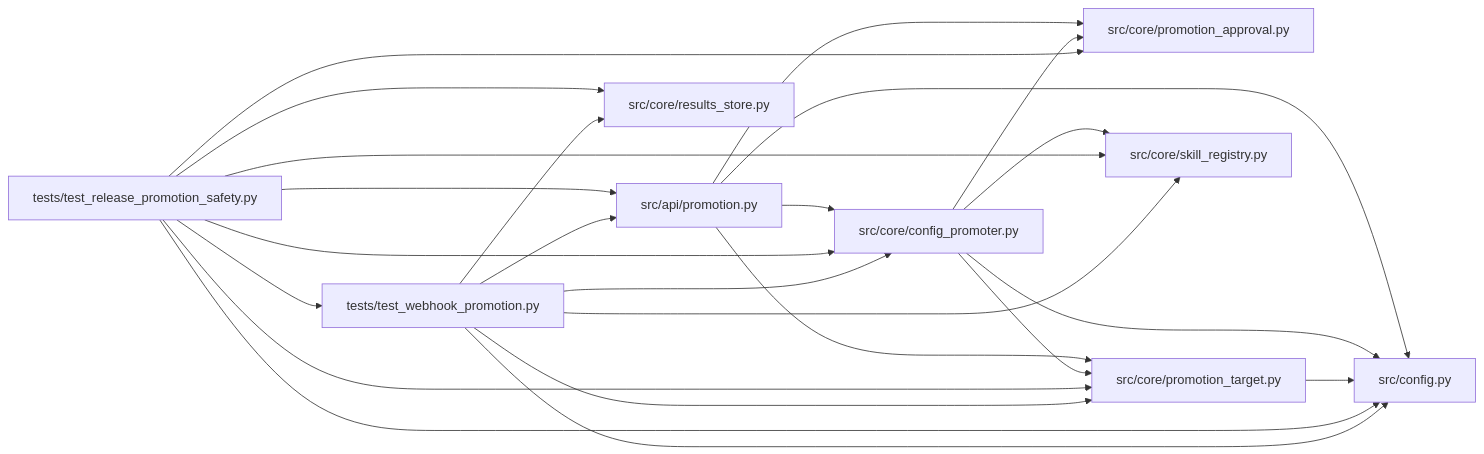
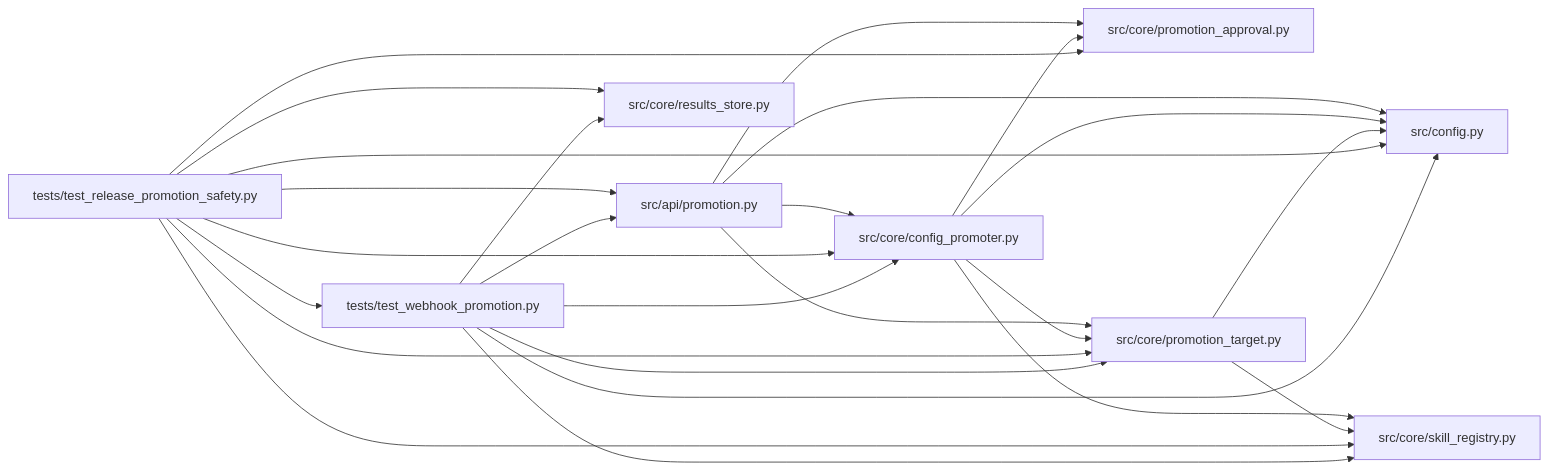
The diagram in docs/llm_wiki/modules/test_release_promotion_safety.md (Denissvgn/autoresearch-agent), drawn with Mermaid before and after one commit. The commit also changed 1033 other files, not shown here.

````diff
--- a/docs/llm_wiki/modules/test_release_promotion_safety.md
+++ b/docs/llm_wiki/modules/test_release_promotion_safety.md
@@ -32,44 +32,45 @@
 ```mermaid
 flowchart LR
     n0["src/api/promotion.py"]
     n1["src/config.py"]
     n2["src/core/config_promoter.py"]
     n3["src/core/promotion_approval.py"]
     n4["src/core/promotion_target.py"]
     n5["src/core/results_store.py"]
     n6["src/core/skill_registry.py"]
     n7["tests/test_release_promotion_safety.py"]
     n8["tests/test_webhook_promotion.py"]
     n0 --> n1
     n0 --> n2
     n0 --> n3
     n0 --> n4
     n2 --> n1
     n2 --> n3
     n2 --> n4
     n2 --> n6
     n4 --> n1
+    n4 --> n6
     n7 --> n0
     n7 --> n1
     n7 --> n2
     n7 --> n3
     n7 --> n4
     n7 --> n5
     n7 --> n6
     n7 --> n8
     n8 --> n0
     n8 --> n1
     n8 --> n2
     n8 --> n4
     n8 --> n5
     n8 --> n6
     click n0 "../modules/promotion.md"
     click n1 "../modules/config.md"
     click n2 "../modules/config_promoter.md"
     click n3 "../modules/promotion_approval.md"
     click n4 "../modules/promotion_target.md"
     click n5 "../modules/results_store.md"
     click n6 "../modules/skill_registry.md"
     click n7 "../modules/test_release_promotion_safety.md"
     click n8 "../modules/test_webhook_promotion.md"
 ```
````
